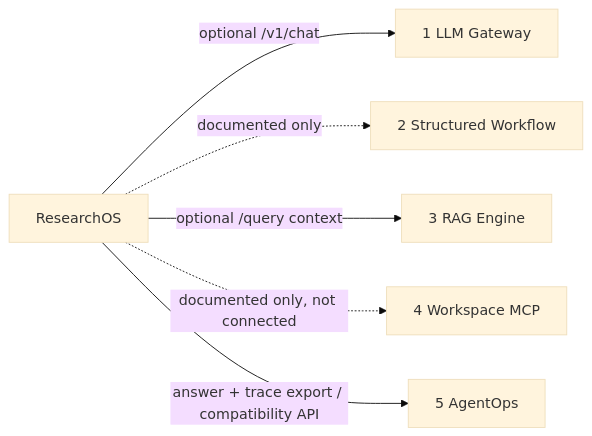
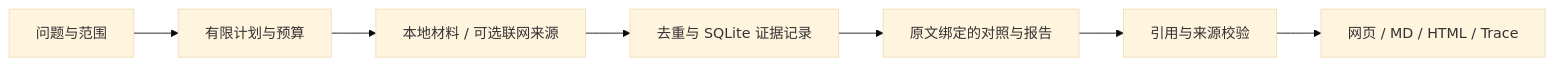
The diagram in README.md (FouHe0720/deep-research-agent), drawn with Mermaid (base theme) before and after one commit. The commit also changed other lines of this file and 44 other files, not shown here.

Commit message:
Add campus source comparisons and refine the research workspace

````diff
--- a/README.md
+++ b/README.md
@@ -109,8 +52,9 @@
 ```mermaid
 flowchart LR
-    D[ResearchOS] -->|optional /v1/chat| G[1 LLM Gateway]
-    D -. documented only .-> S[2 Structured Workflow]
-    D -->|optional /query context| R[3 RAG Engine]
-    D -. documented only, not connected .-> W[4 Workspace MCP]
-    D -->|answer + trace export / compatibility API| E[5 AgentOps]
+    A[问题与范围] --> B[有限计划与预算]
+    B --> C[本地材料 / 可选联网来源]
+    C --> D[去重与 SQLite 证据记录]
+    D --> E[原文绑定的对照与报告]
+    E --> F[引用与来源校验]
+    F --> G[网页 / MD / HTML / Trace]
 ```
````
